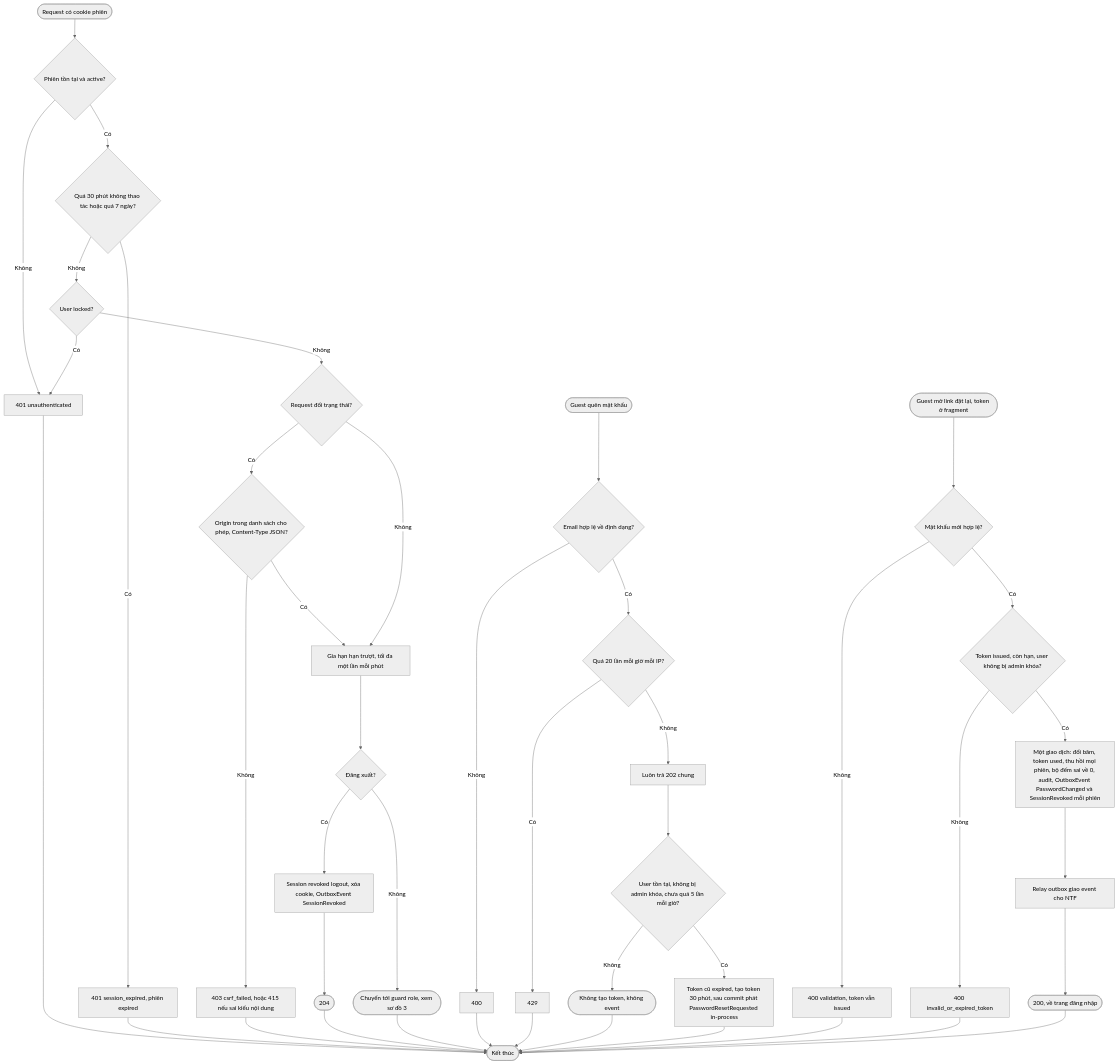
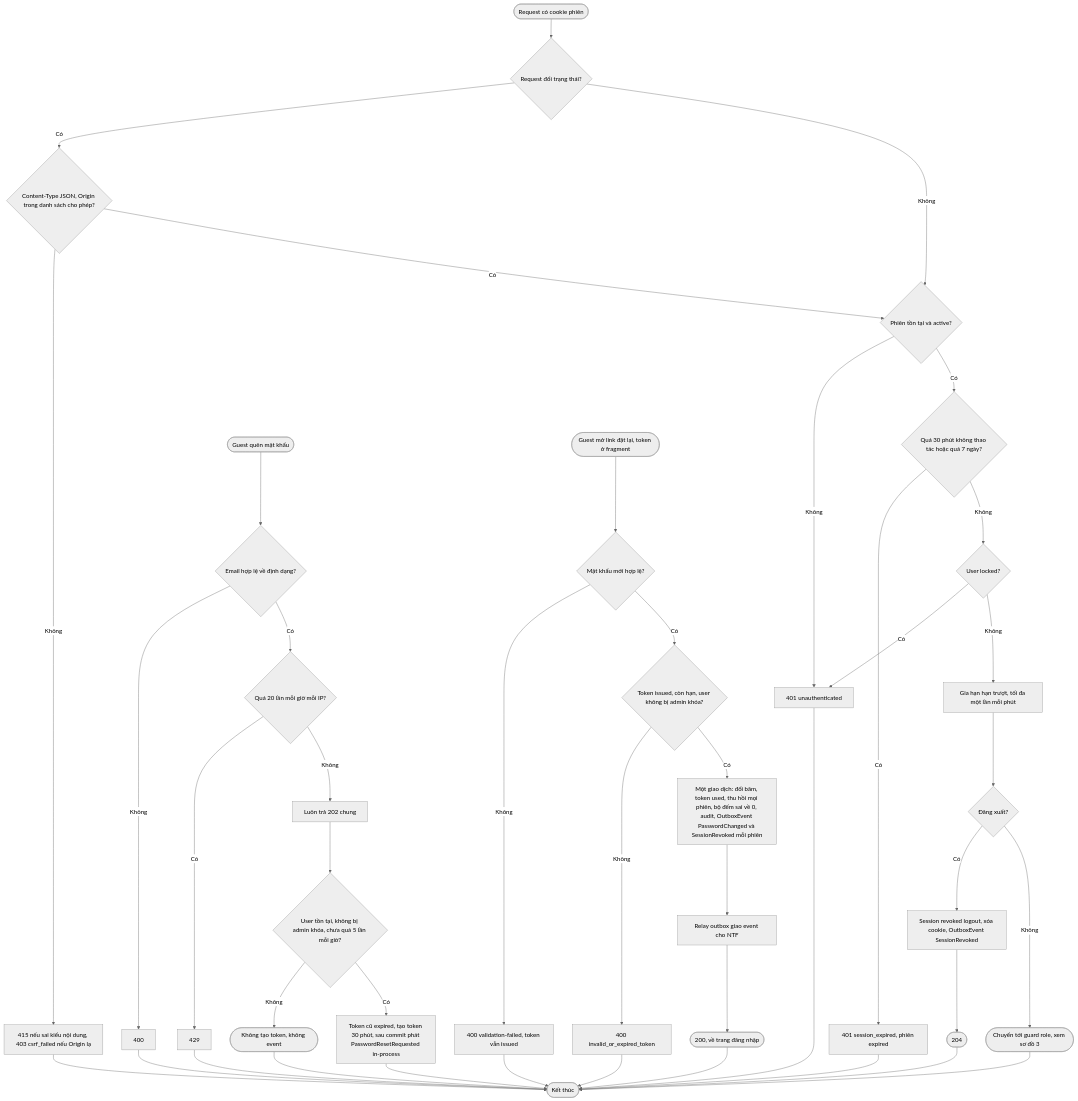
One commit to bvminh-dev/Min-SDLC changed the second of 3 diagrams in spec/epics/AUTH/flows/AUTH-FLOW-20261006-095516031.md. Above: the diagram before and after it, drawn with Mermaid (neutral theme). The commit also changed other lines of this file and 224 other files, not shown here.

````diff
--- a/spec/epics/AUTH/flows/AUTH-FLOW-20261006-095516031.md
+++ b/spec/epics/AUTH/flows/AUTH-FLOW-20261006-095516031.md
@@ -54,47 +54,47 @@
 ```mermaid
 flowchart TD
-    A([Request có cookie phiên]) --> B{Phiên tồn tại và active?}
+    A([Request có cookie phiên]) --> F{Request đổi trạng thái?}
+    F -- Có --> G{Content-Type JSON, Origin trong danh sách cho phép?}
+    G -- Không --> E403[415 nếu sai kiểu nội dung, 403 csrf_failed nếu Origin lạ]
+    G -- Có --> B{Phiên tồn tại và active?}
+    F -- Không --> B
     B -- Không --> E401a[401 unauthenticated]
     B -- Có --> C{Quá 30 phút không thao tác hoặc quá 7 ngày?}
     C -- Có --> E401b[401 session_expired, phiên expired]
     C -- Không --> D{User locked?}
     D -- Có --> E401a
-    D -- Không --> F{Request đổi trạng thái?}
-    F -- Có --> G{Origin trong danh sách cho phép, Content-Type JSON?}
-    G -- Không --> E403[403 csrf_failed, hoặc 415 nếu sai kiểu nội dung]
-    G -- Có --> H[Gia hạn hạn trượt, tối đa một lần mỗi phút]
-    F -- Không --> H
+    D -- Không --> H[Gia hạn hạn trượt, tối đa một lần mỗi phút]
     H --> I{Đăng xuất?}
     I -- Có --> J[Session revoked logout, xóa cookie, OutboxEvent SessionRevoked]
     J --> Z1([204])
     I -- Không --> Z2([Chuyển tới guard role, xem sơ đồ 3])
 
     P([Guest quên mật khẩu]) --> P1{Email hợp lệ về định dạng?}
     P1 -- Không --> P400[400]
     P1 -- Có --> P2{Quá 20 lần mỗi giờ mỗi IP?}
     P2 -- Có --> P429[429]
     P2 -- Không --> P3[Luôn trả 202 chung]
     P3 --> P4{User tồn tại, không bị admin khóa, chưa quá 5 lần mỗi giờ?}
     P4 -- Không --> PEnd([Không tạo token, không event])
     P4 -- Có --> P5[Token cũ expired, tạo token 30 phút, sau commit phát PasswordResetRequested in-process]
 
     Q([Guest mở link đặt lại, token ở fragment]) --> Q1{Mật khẩu mới hợp lệ?}
-    Q1 -- Không --> Q400[400 validation, token vẫn issued]
+    Q1 -- Không --> Q400[400 validation-failed, token vẫn issued]
     Q1 -- Có --> Q2{Token issued, còn hạn, user không bị admin khóa?}
     Q2 -- Không --> Q401[400 invalid_or_expired_token]
     Q2 -- Có --> Q3[Một giao dịch: đổi băm, token used, thu hồi mọi phiên, bộ đếm sai về 0, audit, OutboxEvent PasswordChanged và SessionRevoked mỗi phiên]
     Q3 --> Q4[Relay outbox giao event cho NTF]
     Q4 --> Z3([200, về trang đăng nhập])
     E401a --> End([Kết thúc])
     E401b --> End
     E403 --> End
     Z1 --> End
     Z2 --> End
     P400 --> End
     P429 --> End
     PEnd --> End
     P5 --> End
     Q400 --> End
     Q401 --> End
     Z3 --> End
 ```
````
